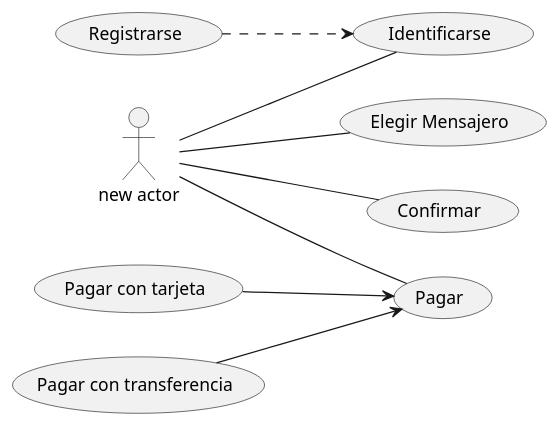
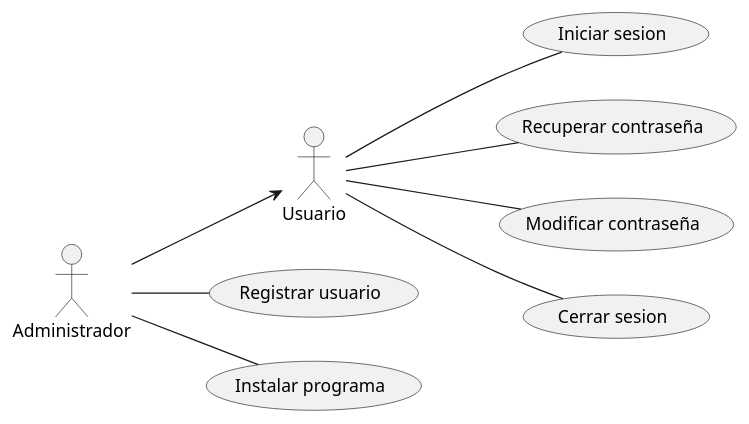
One commit to franmolinaadan/UML_1_Molina changed the diagram in src/Clases_De_Uso.puml. Above: the diagram before and after it, drawn with PlantUML.

Commit message:
Usuarios ejemplo

```diff
--- a/src/Clases_De_Uso.puml
+++ b/src/Clases_De_Uso.puml
@@ -1,23 +1,23 @@
 @startuml
 left to right direction
+actor "Usuario" as us
+actor "Administrador" as admin
 
-actor "new actor" as cl
+usecase "Iniciar sesion" as (login)
+usecase "Recuperar contraseña" as (recover)
+usecase "Modificar contraseña" as (modify)
+usecase "Cerrar sesion" as (logout)
 
-usecase "Identificarse" as (id)
-usecase "Pagar" as (Pagar)
-usecase "Elegir Mensajero" as (Elegir)
-usecase "Confirmar" as (Confirmar)
+usecase "Registrar usuario" as (Registrar)
+usecase "Instalar programa" as (install)
 
-usecase "Registrarse" as (Registrar)
-usecase "Pagar con tarjeta" as (PagarT)
-usecase "Pagar con transferencia" as (Transferencia)
+us -- login
+us -- recover
+us -- modify
+us -- logout
 
-cl -- id
-cl -- Pagar
-cl -- Elegir
-cl -- Confirmar
+admin -- Registrar
+admin -- install
+admin --> us
 
-Registrar ..> id
-PagarT --> Pagar
-Transferencia --> Pagar
 @enduml
```
